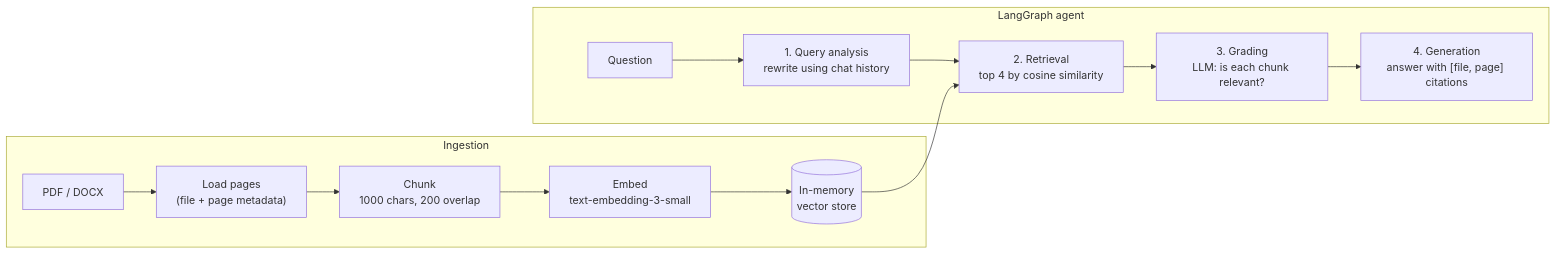
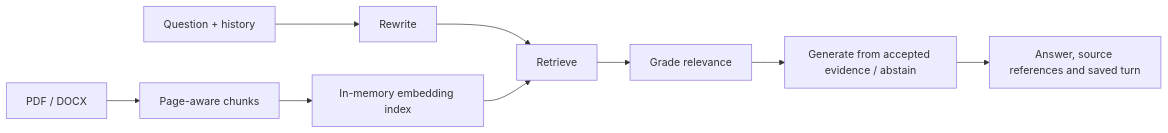
One commit to ghefarshalhoup/studyrag changed the diagram in README.md. Above: the diagram before and after it, drawn with Mermaid. The commit also changed other lines of this file and 125 other files, not shown here.

````diff
--- a/README.md
+++ b/README.md
@@ -14,16 +56,11 @@
 ```mermaid
 flowchart LR
-    subgraph Ingestion
-        D["PDF / DOCX"] --> L["Load pages<br/>(file + page metadata)"]
-        L --> C["Chunk<br/>1000 chars, 200 overlap"]
-        C --> E["Embed<br/>text-embedding-3-small"]
-        E --> V[("In-memory<br/>vector store")]
-    end
-    subgraph "LangGraph agent"
-        Q["Question"] --> A["1. Query analysis<br/>rewrite using chat history"]
-        A --> R["2. Retrieval<br/>top 4 by cosine similarity"]
-        R --> G["3. Grading<br/>LLM: is each chunk relevant?"]
-        G --> W["4. Generation<br/>answer with [file, page] citations"]
-    end
+    D[PDF / DOCX] --> C[Page-aware chunks]
+    C --> V[In-memory embedding index]
+    Q[Question + history] --> A[Rewrite]
+    A --> R[Retrieve]
     V --> R
+    R --> G[Grade relevance]
+    G --> W[Generate from accepted evidence / abstain]
+    W --> S[Answer, source references and saved turn]
 ```
````
